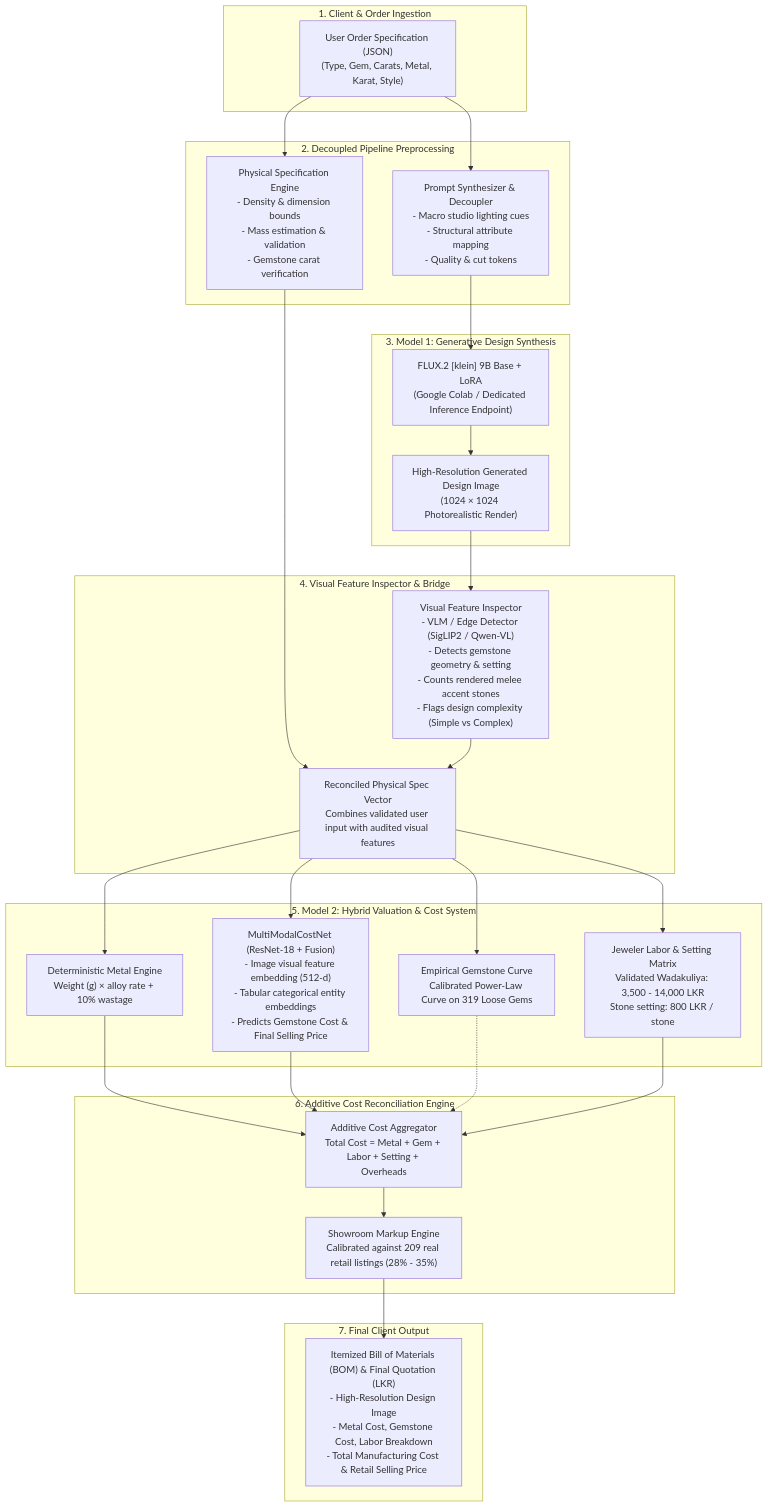
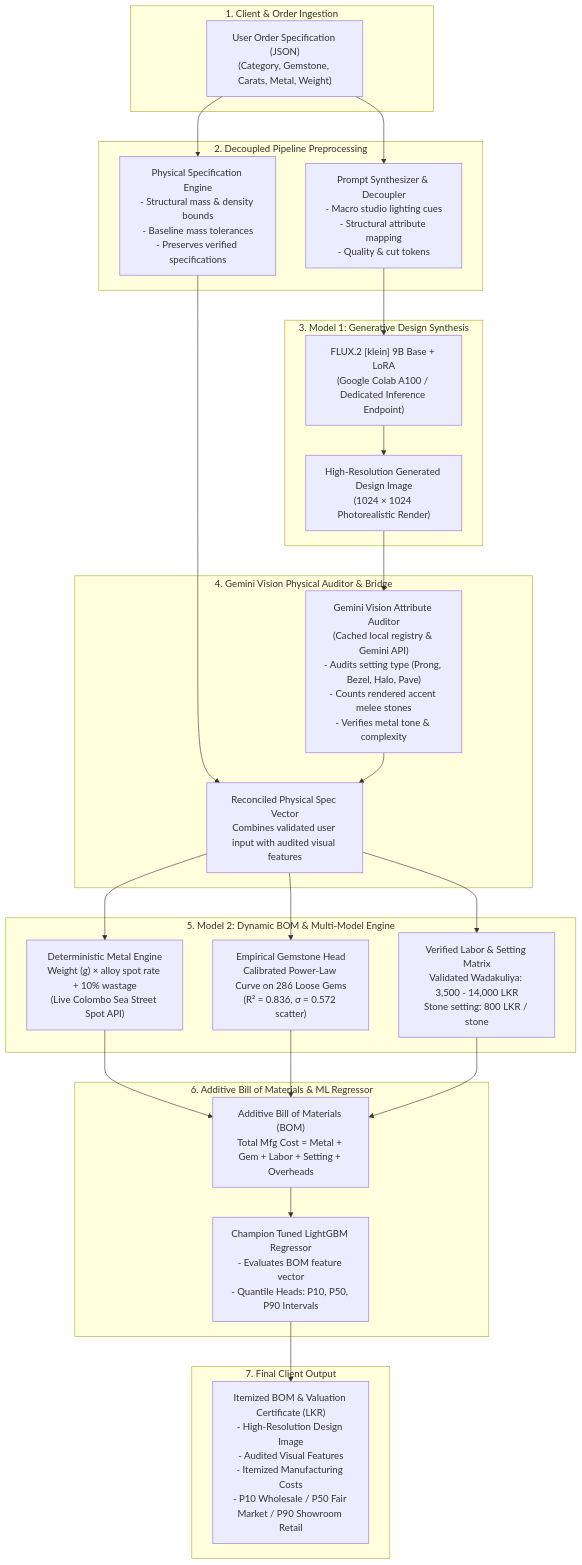
Before and after one commit to anuk549/GemVision: the diagram in ml/jewelrydesigngeneration/docs/SYSTEM_IMPLEMENTATION_ARCHITECTURE.md, drawn with Mermaid. The commit also changed other lines of this file and 2 other files, not shown here.

Commit message:
docs: sync updated model 2 architecture and methodology guides

````diff
--- a/ml/jewelrydesigngeneration/docs/SYSTEM_IMPLEMENTATION_ARCHITECTURE.md
+++ b/ml/jewelrydesigngeneration/docs/SYSTEM_IMPLEMENTATION_ARCHITECTURE.md
@@ -9,41 +9,39 @@
 ```mermaid
 flowchart TD
     subgraph ClientLayer ["1. Client & Order Ingestion"]
-        USR["User Order Specification (JSON)<br/>(Type, Gem, Carats, Metal, Karat, Style)"]
+        USR["User Order Specification (JSON)<br/>(Category, Gemstone, Carats, Metal, Weight)"]
     end
 
     subgraph PromptAndPhysics ["2. Decoupled Pipeline Preprocessing"]
         USR --> SYNTH["Prompt Synthesizer & Decoupler<br/>- Macro studio lighting cues<br/>- Structural attribute mapping<br/>- Quality & cut tokens"]
-        USR --> PHYS["Physical Specification Engine<br/>- Density & dimension bounds<br/>- Mass estimation & validation<br/>- Gemstone carat verification"]
+        USR --> PHYS["Physical Specification Engine<br/>- Structural mass & density bounds<br/>- Baseline mass tolerances<br/>- Preserves verified specifications"]
     end
 
     subgraph GenerativeService ["3. Model 1: Generative Design Synthesis"]
-        SYNTH --> M1["FLUX.2 [klein] 9B Base + LoRA<br/>(Google Colab / Dedicated Inference Endpoint)"]
+        SYNTH --> M1["FLUX.2 [klein] 9B Base + LoRA<br/>(Google Colab A100 / Dedicated Inference Endpoint)"]
         M1 --> IMG["High-Resolution Generated Design Image<br/>(1024 × 1024 Photorealistic Render)"]
     end
 
-    subgraph VisualAuditBridge ["4. Visual Feature Inspector & Bridge"]
-        IMG --> VLM["Visual Feature Inspector<br/>- VLM / Edge Detector (SigLIP2 / Qwen-VL)<br/>- Detects gemstone geometry & setting<br/>- Counts rendered melee accent stones<br/>- Flags design complexity (Simple vs Complex)"]
+    subgraph VisualAuditBridge ["4. Gemini Vision Physical Auditor & Bridge"]
+        IMG --> VLM["Gemini Vision Attribute Auditor<br/>(Cached local registry & Gemini API)<br/>- Audits setting type (Prong, Bezel, Halo, Pave)<br/>- Counts rendered accent melee stones<br/>- Verifies metal tone & complexity"]
         PHYS --> RECON["Reconciled Physical Spec Vector<br/>Combines validated user input with audited visual features"]
         VLM --> RECON
     end
 
-    subgraph ValuationService ["5. Model 2: Hybrid Valuation & Cost System"]
-        RECON --> DET_METAL["Deterministic Metal Engine<br/>Weight (g) × alloy rate + 10% wastage"]
-        RECON --> MM_NET["MultiModalCostNet (ResNet-18 + Fusion)<br/>- Image visual feature embedding (512-d)<br/>- Tabular categorical entity embeddings<br/>- Predicts Gemstone Cost & Final Selling Price"]
-        RECON --> EMP_GEM["Empirical Gemstone Curve<br/>Calibrated Power-Law Curve on 319 Loose Gems"]
-        RECON --> SHOP_LABOR["Jeweler Labor & Setting Matrix<br/>Validated Wadakuliya: 3,500 - 14,000 LKR<br/>Stone setting: 800 LKR / stone"]
+    subgraph ValuationService ["5. Model 2: Dynamic BOM & Multi-Model Engine"]
+        RECON --> DET_METAL["Deterministic Metal Engine<br/>Weight (g) × alloy spot rate + 10% wastage<br/>(Live Colombo Sea Street Spot API)"]
+        RECON --> EMP_GEM["Empirical Gemstone Head<br/>Calibrated Power-Law Curve on 286 Loose Gems<br/>(R² = 0.836, σ = 0.572 scatter)"]
+        RECON --> SHOP_LABOR["Verified Labor & Setting Matrix<br/>Validated Wadakuliya: 3,500 - 14,000 LKR<br/>Stone setting: 800 LKR / stone"]
     end
 
-    subgraph CostAggregation ["6. Additive Cost Reconciliation Engine"]
-        DET_METAL --> BOM["Additive Cost Aggregator<br/>Total Cost = Metal + Gem + Labor + Setting + Overheads"]
-        MM_NET --> BOM
-        EMP_GEM -.-> BOM
+    subgraph CostAggregation ["6. Additive Bill of Materials & ML Regressor"]
+        DET_METAL --> BOM["Additive Bill of Materials (BOM)<br/>Total Mfg Cost = Metal + Gem + Labor + Setting + Overheads"]
+        EMP_GEM --> BOM
         SHOP_LABOR --> BOM
-        BOM --> MARKUP["Showroom Markup Engine<br/>Calibrated against 209 real retail listings (28% - 35%)"]
+        BOM --> ML_HEAD["Champion Tuned LightGBM Regressor<br/>- Evaluates BOM feature vector<br/>- Quantile Heads: P10, P50, P90 Intervals"]
     end
 
     subgraph OutputQuotation ["7. Final Client Output"]
-        MARKUP --> QUOTE["Itemized Bill of Materials (BOM) & Final Quotation (LKR)<br/>- High-Resolution Design Image<br/>- Metal Cost, Gemstone Cost, Labor Breakdown<br/>- Total Manufacturing Cost & Retail Selling Price"]
+        ML_HEAD --> QUOTE["Itemized BOM & Valuation Certificate (LKR)<br/>- High-Resolution Design Image<br/>- Audited Visual Features<br/>- Itemized Manufacturing Costs<br/>- P10 Wholesale / P50 Fair Market / P90 Showroom Retail"]
     end
 ```
````
